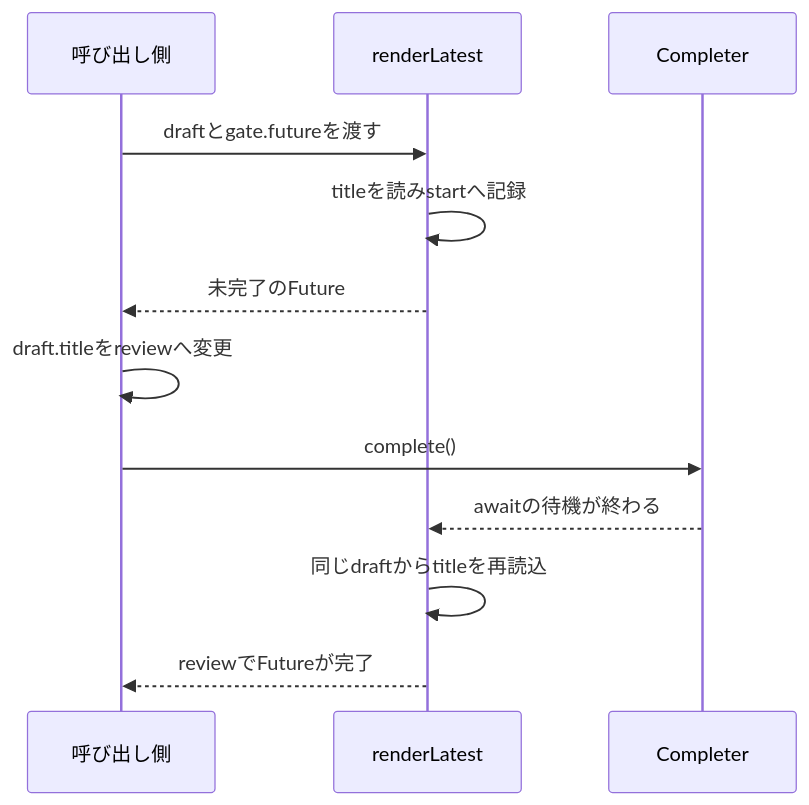
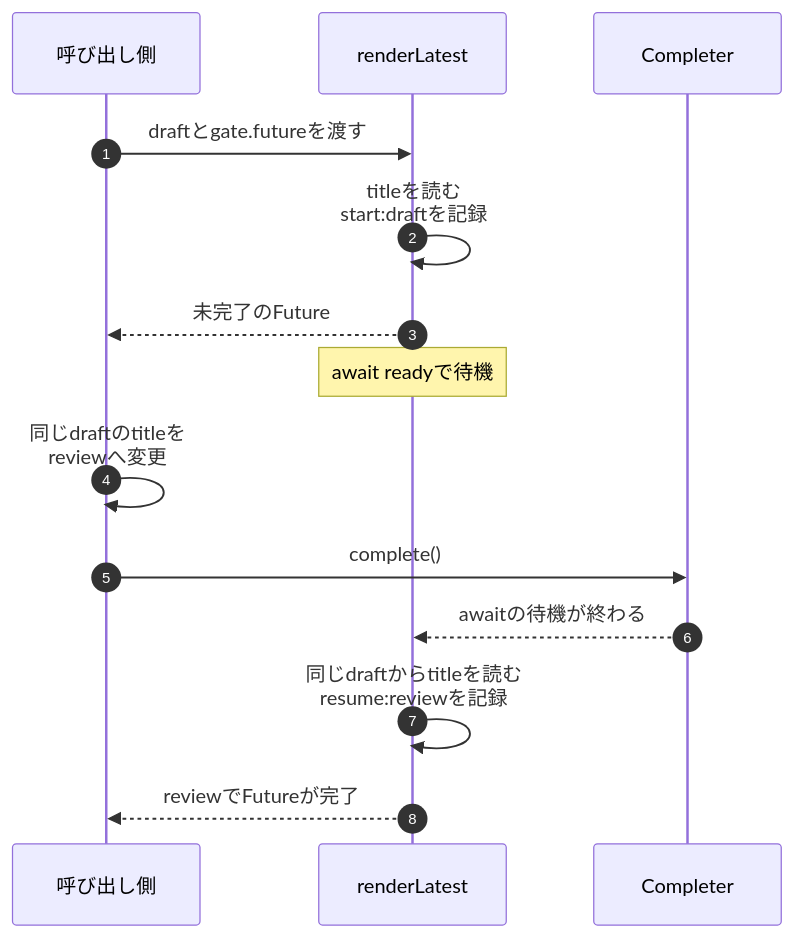
One commit to appar377/tech-note changed the diagram in articles/architecture/execution-model/execution-model-over-syntax.mdx. Above: the diagram before and after it, drawn with Mermaid. The commit also changed other lines of this file and 51 other files, not shown here.

````diff
--- a/articles/architecture/execution-model/execution-model-over-syntax.mdx
+++ b/articles/architecture/execution-model/execution-model-over-syntax.mdx
@@ -117,14 +117,18 @@
 ```mermaid
 sequenceDiagram
+  accTitle: renderLatestが待機前と再開後に同じdraftを読む
+  accDescr: 呼び出し側がdraftとFutureを渡す。renderLatestはtitleを読みstartへ記録して待機する。呼び出し側がdraft.titleをreviewへ変更しCompleterを完了させると、renderLatestが同じdraftを読み直しreviewで完了する。
+  autonumber
   participant C as 呼び出し側
   participant R as renderLatest
   participant G as Completer
   C->>R: draftとgate.futureを渡す
-  R->>R: titleを読みstartへ記録
+  R->>R: titleを読む<br/>start:draftを記録
   R-->>C: 未完了のFuture
-  C->>C: draft.titleをreviewへ変更
+  Note over R: await readyで待機
+  C->>C: 同じdraftのtitleを<br/>reviewへ変更
   C->>G: complete()
   G-->>R: awaitの待機が終わる
-  R->>R: 同じdraftからtitleを再読込
+  R->>R: 同じdraftからtitleを読む<br/>resume:reviewを記録
   R-->>C: reviewでFutureが完了
 ```
````
